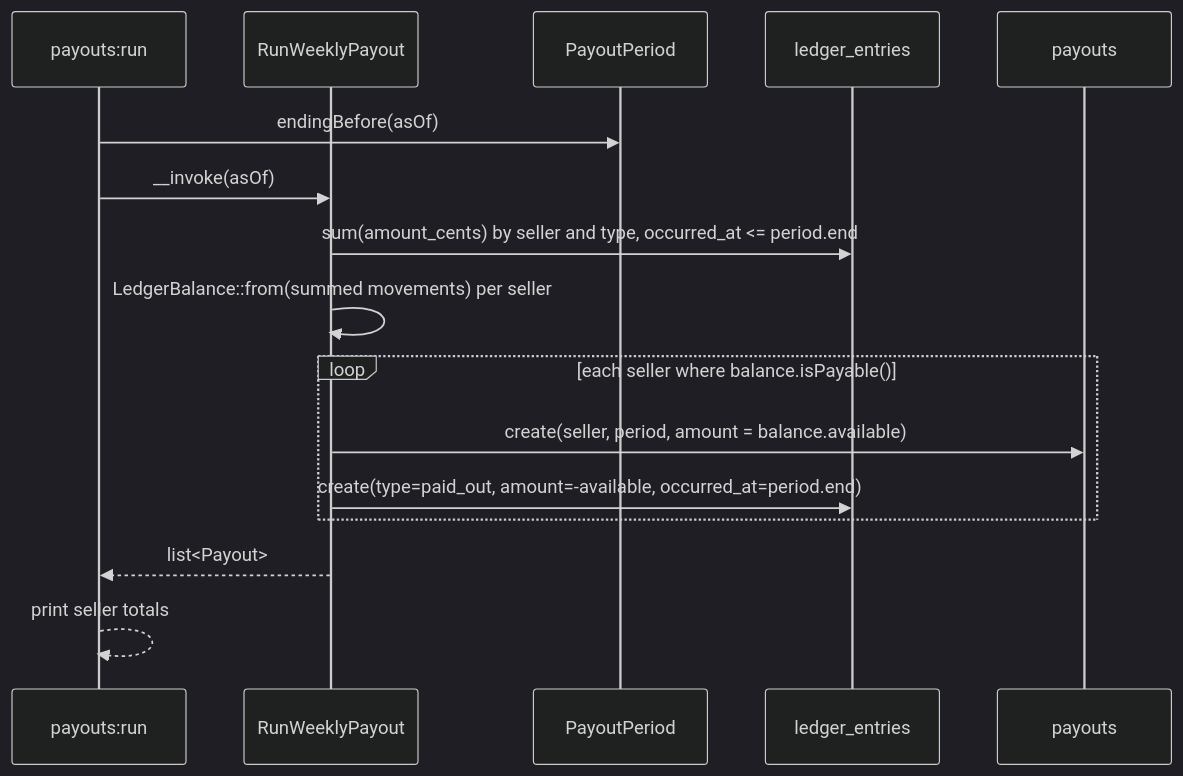
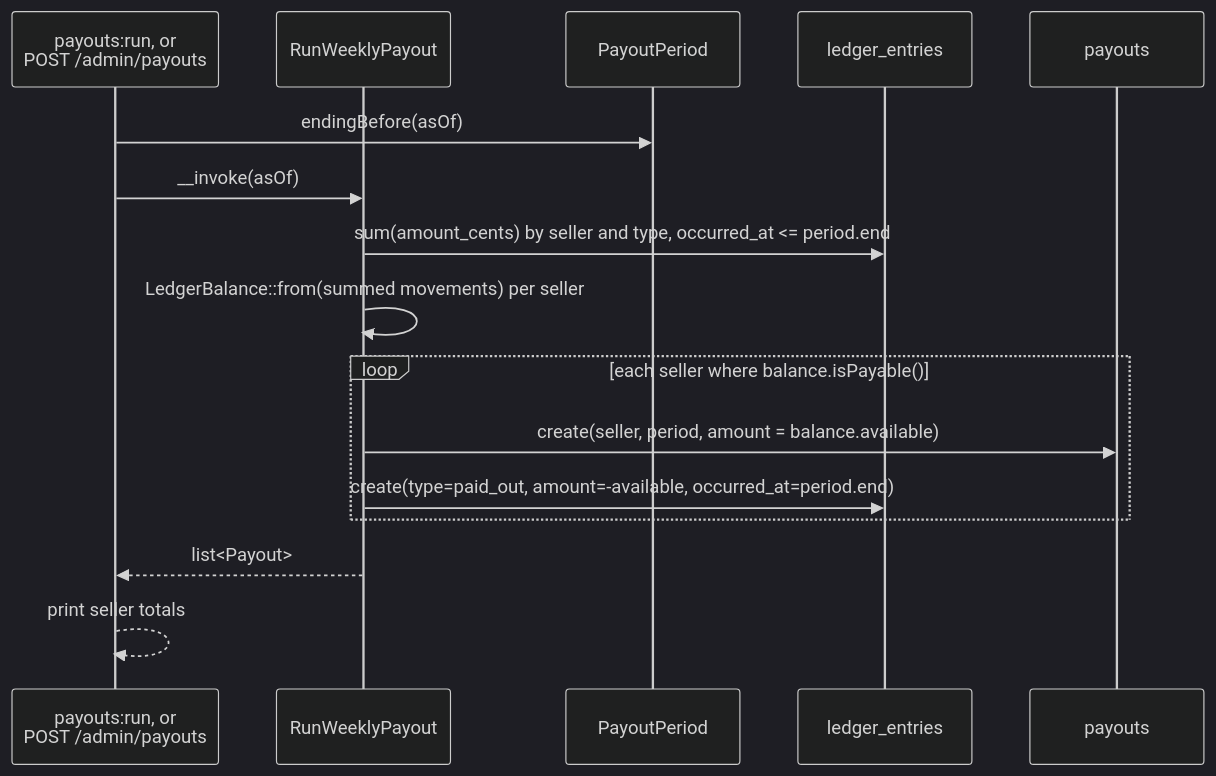
One commit to jonathan-beebe/art-store changed the second of 2 diagrams in prototype/php/docs/escrow.md. Above: the diagram before and after it, drawn with Mermaid (dark theme). The commit also changed other lines of this file and 461 other files, not shown here.

````diff
--- a/prototype/php/docs/escrow.md
+++ b/prototype/php/docs/escrow.md
@@ -37,19 +97,19 @@
 ```mermaid
 sequenceDiagram
-    participant CLI as payouts:run
+    participant CLI as payouts:run, or<br/>POST /admin/payouts
     participant Run as RunWeeklyPayout
     participant Period as PayoutPeriod
     participant Ledger as ledger_entries
     participant Payouts as payouts
 
     CLI->>Period: endingBefore(asOf)
     CLI->>Run: __invoke(asOf)
     Run->>Ledger: sum(amount_cents) by seller and type, occurred_at <= period.end
     Run->>Run: LedgerBalance::from(summed movements) per seller
     loop each seller where balance.isPayable()
         Run->>Payouts: create(seller, period, amount = balance.available)
         Run->>Ledger: create(type=paid_out, amount=-available, occurred_at=period.end)
     end
     Run-->>CLI: list<Payout>
     CLI-->>CLI: print seller totals
 ```
````
